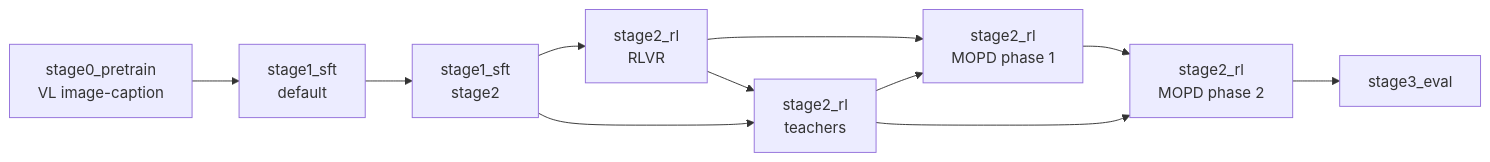
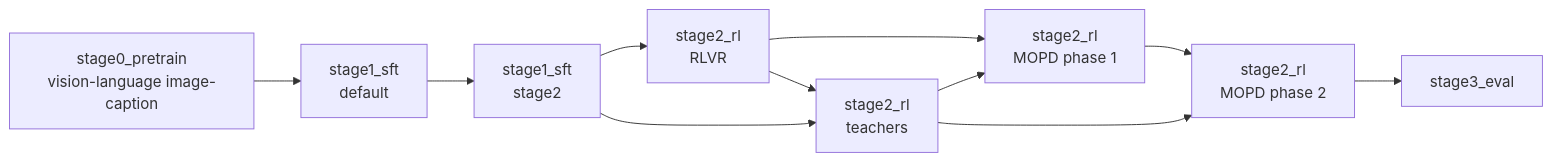
The diagram in skills/nemotron-super35/recipes/overview.md (NVIDIA-NeMo/Nemotron), drawn with Mermaid before and after one commit. The commit also changed other lines of this file and 26 other files, not shown here.

````diff
--- a/skills/nemotron-super35/recipes/overview.md
+++ b/skills/nemotron-super35/recipes/overview.md
@@ -26,13 +26,13 @@
 ```mermaid
 flowchart LR
-    P[stage0_pretrain<br/>VL image-caption] --> S1[stage1_sft<br/>default]
+    P[stage0_pretrain<br/>vision-language image-caption] --> S1[stage1_sft<br/>default]
     S1 --> S2[stage1_sft<br/>stage2]
     S2 --> R[stage2_rl<br/>RLVR]
     R --> T[stage2_rl<br/>teachers]
     S2 --> T
     R --> M1[stage2_rl<br/>MOPD phase 1]
     T --> M1
     M1 --> M2[stage2_rl<br/>MOPD phase 2]
     T --> M2
     M2 --> E[stage3_eval]
 ```
````
